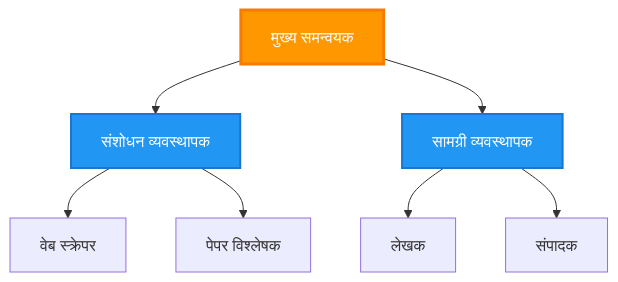
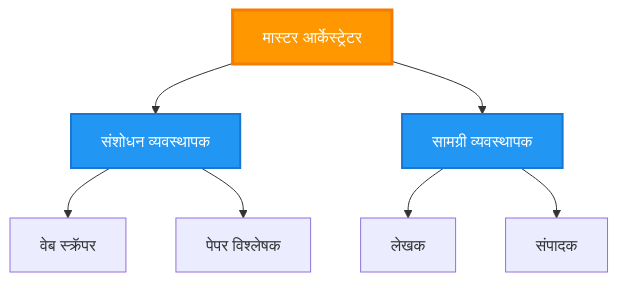
The third of 6 diagrams in translations/mr/docs/chapter-06-pre-deployment/coordination-patterns.md (microsoft/AZD-for-beginners), drawn with Mermaid before and after one commit. The commit also changed other lines of this file and 101 other files, not shown here.

````diff
--- a/translations/mr/docs/chapter-06-pre-deployment/coordination-patterns.md
+++ b/translations/mr/docs/chapter-06-pre-deployment/coordination-patterns.md
@@ -149,21 +143,21 @@
 ```mermaid
 graph TB
-    Master[मुख्य समन्वयक]
+    Master[मास्टर आर्केस्ट्रेटर]
     Manager1[संशोधन व्यवस्थापक]
     Manager2[सामग्री व्यवस्थापक]
-    W1[वेब स्क्रेपर]
+    W1[वेब स्क्रॅपर]
     W2[पेपर विश्लेषक]
     W3[लेखक]
     W4[संपादक]
     
     Master --> Manager1
     Master --> Manager2
     Manager1 --> W1
     Manager1 --> W2
     Manager2 --> W3
     Manager2 --> W4
     
     style Master fill:#FF9800,stroke:#F57C00,stroke-width:3px,color:#fff
     style Manager1 fill:#2196F3,stroke:#1976D2,stroke-width:2px,color:#fff
     style Manager2 fill:#2196F3,stroke:#1976D2,stroke-width:2px,color:#fff
 ```
````
